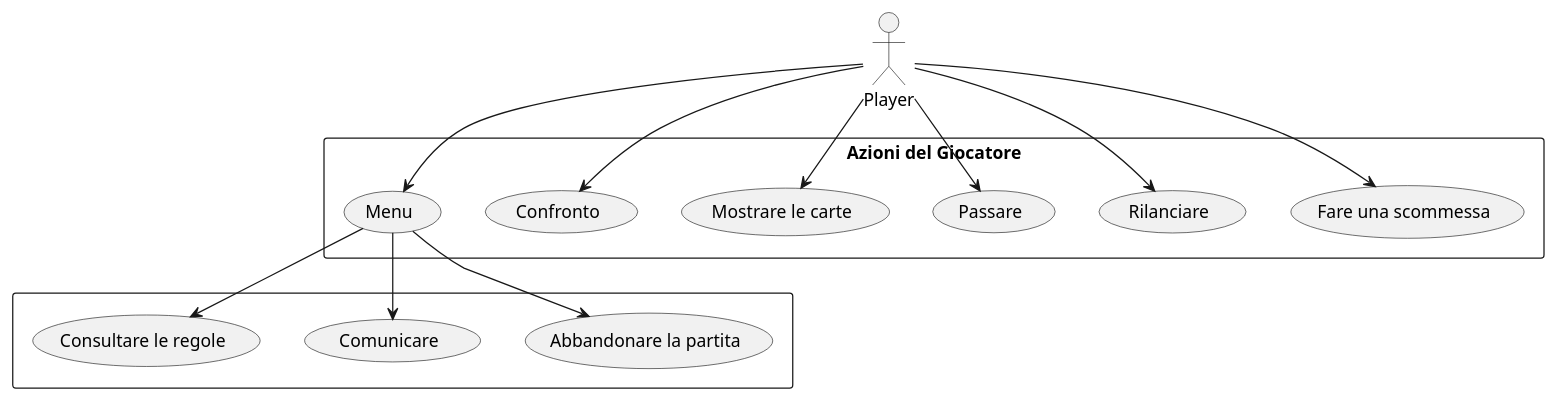
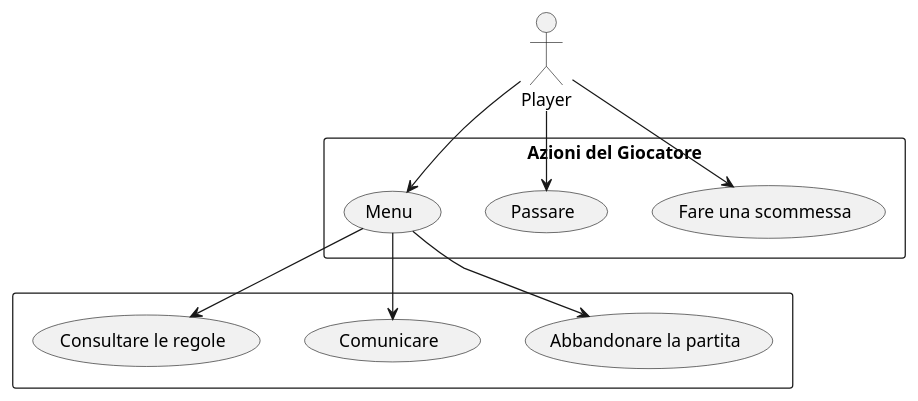
The diagram in client/docs/puml/USECASE_DIAGRAM.puml (LorenzoVacalebre/Progetto-Poker), drawn with PlantUML before and after one commit. The commit also changed 23 other files, not shown here.

Commit message:
Inserimento nuove carte, sistemazione vari diagrammi e aggiunta file readme

```diff
--- a/client/docs/puml/USECASE_DIAGRAM.puml
+++ b/client/docs/puml/USECASE_DIAGRAM.puml
@@ -1,31 +1,25 @@
 @startuml UseCase Gioco Poker Lato Client
 
 actor Player as P
 
 rectangle "Azioni del Giocatore" {
   usecase "Fare una scommessa" as Bet
-  usecase "Rilanciare" as Raise
   usecase "Passare" as Fold
-  usecase "Mostrare le carte" as ShowCards
-  usecase "Confronto" as Comparison
   usecase "Menu" as Menu
 }
 
 rectangle {
   usecase "Abbandonare la partita" as Quit
   usecase "Comunicare" as Communication
   usecase "Consultare le regole" as Rules
 }
 
 P --> Bet
-P --> Raise
 P --> Fold
-P --> ShowCards
-P --> Comparison
 P --> Menu
 
 Menu --> Rules
 Menu --> Communication
 Menu --> Quit
 
 @enduml
```
